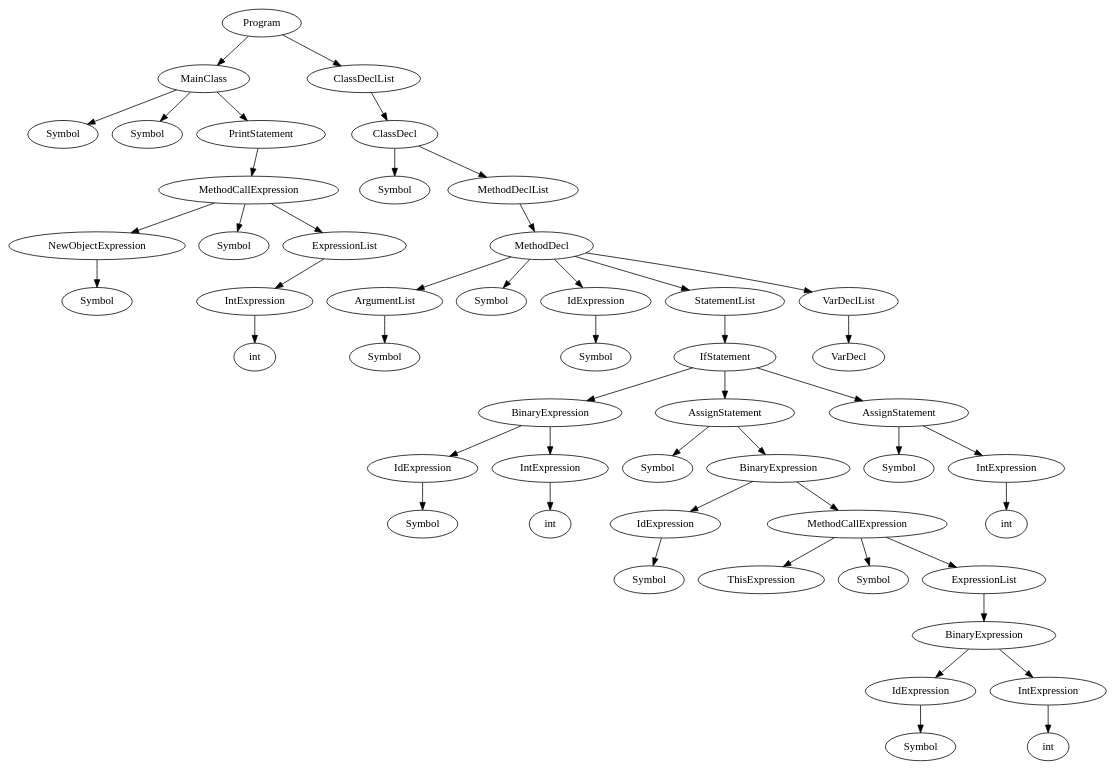
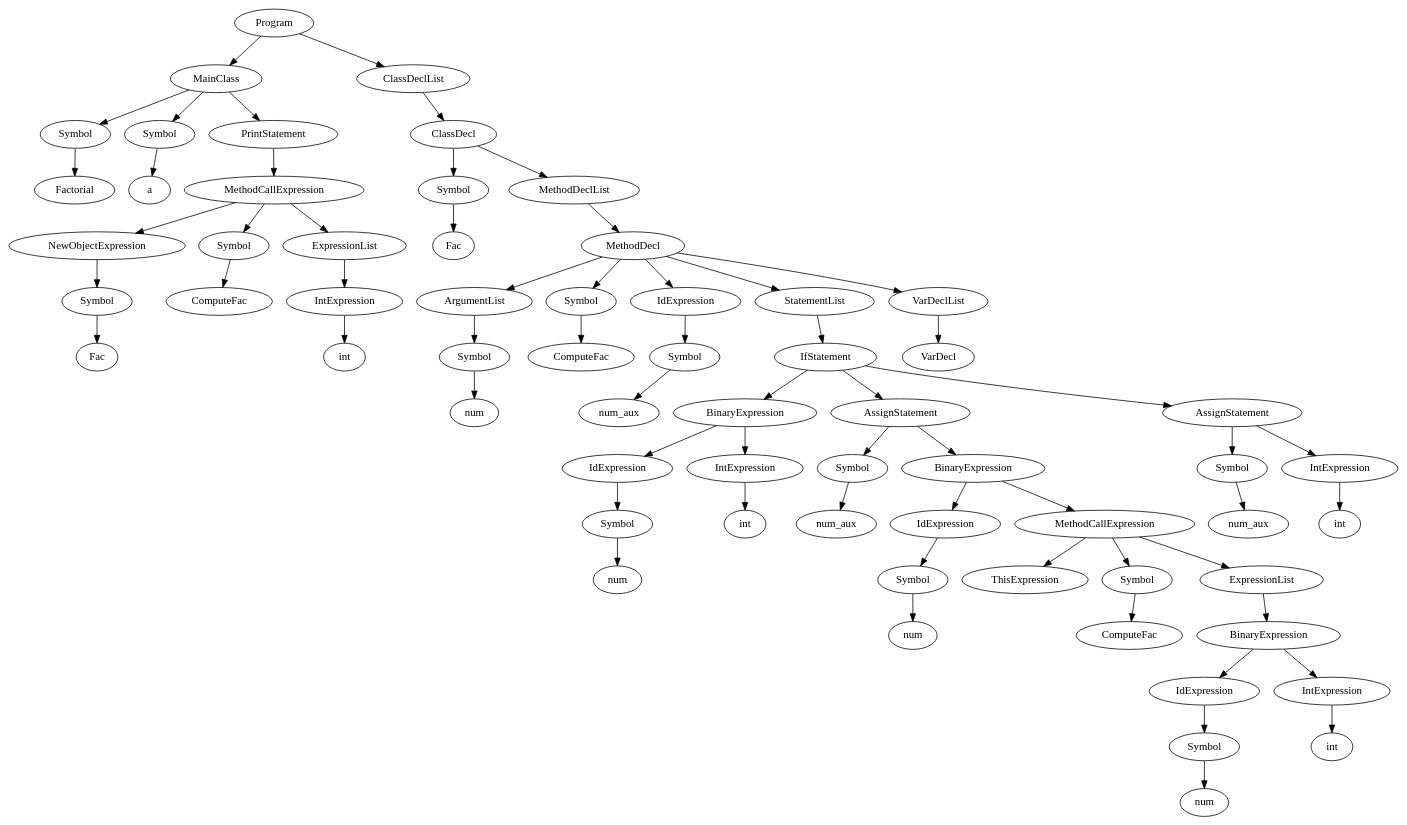
One commit to tveritinova/compilers changed the diagram in SyntaxTree.gv. Above: the diagram before and after it, drawn with Graphviz. The commit also changed 53 other files, not shown here.

```diff
--- a/SyntaxTree.gv
+++ b/SyntaxTree.gv
@@ -1,51 +1,65 @@
 digraph g {
 
 	{Program0[label="Program"]}->{MainClass1[label="MainClass"]};
 	{MainClass1[label="MainClass"]}->{Symbol1[label="Symbol"]};
+	{Symbol1[label="Symbol"]}->{Symbol1val[label="Factorial"]};
 	{MainClass1[label="MainClass"]}->{Symbol2[label="Symbol"]};
+	{Symbol2[label="Symbol"]}->{Symbol2val[label="a"]};
 	{MainClass1[label="MainClass"]}->{PrintStatement1[label="PrintStatement"]};
 	{PrintStatement1[label="PrintStatement"]}->{MethodCallExpression1[label="MethodCallExpression"]};
 	{MethodCallExpression1[label="MethodCallExpression"]}->{NewObjectExpression1[label="NewObjectExpression"]};
 	{NewObjectExpression1[label="NewObjectExpression"]}->{Symbol3[label="Symbol"]};
+	{Symbol3[label="Symbol"]}->{Symbol3val[label="Fac"]};
 	{MethodCallExpression1[label="MethodCallExpression"]}->{Symbol4[label="Symbol"]};
+	{Symbol4[label="Symbol"]}->{Symbol4val[label="ComputeFac"]};
 	{MethodCallExpression1[label="MethodCallExpression"]}->{ExpressionList1[label="ExpressionList"]};
 	{ExpressionList1[label="ExpressionList"]}->{IntExpression1[label="IntExpression"]};
 	{IntExpression1[label="IntExpression"]}->{int1[label="int"]};
 	{Program0[label="Program"]}->{ClassDeclList1[label="ClassDeclList"]};
 	{ClassDeclList1[label="ClassDeclList"]}->{ClassDecl1[label="ClassDecl"]};
 	{ClassDecl1[label="ClassDecl"]}->{Symbol5[label="Symbol"]};
+	{Symbol5[label="Symbol"]}->{Symbol5val[label="Fac"]};
 	{ClassDecl1[label="ClassDecl"]}->{MethodDeclList1[label="MethodDeclList"]};
 	{MethodDeclList1[label="MethodDeclList"]}->{MethodDecl1[label="MethodDecl"]};
 	{MethodDecl1[label="MethodDecl"]}->{ArgumentList1[label="ArgumentList"]};
 	{ArgumentList1[label="ArgumentList"]}->{Symbol6[label="Symbol"]};
+	{Symbol6[label="Symbol"]}->{Symbol6val[label="num"]};
 	{MethodDecl1[label="MethodDecl"]}->{Symbol7[label="Symbol"]};
+	{Symbol7[label="Symbol"]}->{Symbol7val[label="ComputeFac"]};
 	{MethodDecl1[label="MethodDecl"]}->{IdExpression1[label="IdExpression"]};
 	{IdExpression1[label="IdExpression"]}->{Symbol8[label="Symbol"]};
+	{Symbol8[label="Symbol"]}->{Symbol8val[label="num_aux"]};
 	{MethodDecl1[label="MethodDecl"]}->{StatementList1[label="StatementList"]};
 	{StatementList1[label="StatementList"]}->{IfStatement1[label="IfStatement"]};
 	{IfStatement1[label="IfStatement"]}->{BinaryExpression1[label="BinaryExpression"]};
 	{BinaryExpression1[label="BinaryExpression"]}->{IdExpression2[label="IdExpression"]};
 	{IdExpression2[label="IdExpression"]}->{Symbol9[label="Symbol"]};
+	{Symbol9[label="Symbol"]}->{Symbol9val[label="num"]};
 	{BinaryExpression1[label="BinaryExpression"]}->{IntExpression2[label="IntExpression"]};
 	{IntExpression2[label="IntExpression"]}->{int2[label="int"]};
 	{IfStatement1[label="IfStatement"]}->{AssignStatement1[label="AssignStatement"]};
 	{AssignStatement1[label="AssignStatement"]}->{Symbol10[label="Symbol"]};
+	{Symbol10[label="Symbol"]}->{Symbol10val[label="num_aux"]};
 	{AssignStatement1[label="AssignStatement"]}->{BinaryExpression2[label="BinaryExpression"]};
 	{BinaryExpression2[label="BinaryExpression"]}->{IdExpression3[label="IdExpression"]};
 	{IdExpression3[label="IdExpression"]}->{Symbol11[label="Symbol"]};
+	{Symbol11[label="Symbol"]}->{Symbol11val[label="num"]};
 	{BinaryExpression2[label="BinaryExpression"]}->{MethodCallExpression2[label="MethodCallExpression"]};
 	{MethodCallExpression2[label="MethodCallExpression"]}->{ThisExpression1[label="ThisExpression"]};
 	{MethodCallExpression2[label="MethodCallExpression"]}->{Symbol12[label="Symbol"]};
+	{Symbol12[label="Symbol"]}->{Symbol12val[label="ComputeFac"]};
 	{MethodCallExpression2[label="MethodCallExpression"]}->{ExpressionList2[label="ExpressionList"]};
 	{ExpressionList2[label="ExpressionList"]}->{BinaryExpression3[label="BinaryExpression"]};
 	{BinaryExpression3[label="BinaryExpression"]}->{IdExpression4[label="IdExpression"]};
 	{IdExpression4[label="IdExpression"]}->{Symbol13[label="Symbol"]};
+	{Symbol13[label="Symbol"]}->{Symbol13val[label="num"]};
 	{BinaryExpression3[label="BinaryExpression"]}->{IntExpression3[label="IntExpression"]};
 	{IntExpression3[label="IntExpression"]}->{int3[label="int"]};
 	{IfStatement1[label="IfStatement"]}->{AssignStatement2[label="AssignStatement"]};
 	{AssignStatement2[label="AssignStatement"]}->{Symbol14[label="Symbol"]};
+	{Symbol14[label="Symbol"]}->{Symbol14val[label="num_aux"]};
 	{AssignStatement2[label="AssignStatement"]}->{IntExpression4[label="IntExpression"]};
 	{IntExpression4[label="IntExpression"]}->{int4[label="int"]};
 	{MethodDecl1[label="MethodDecl"]}->{VarDeclList1[label="VarDeclList"]};
 	{VarDeclList1[label="VarDeclList"]}->{VarDecl1[label="VarDecl"]};
 }
```
